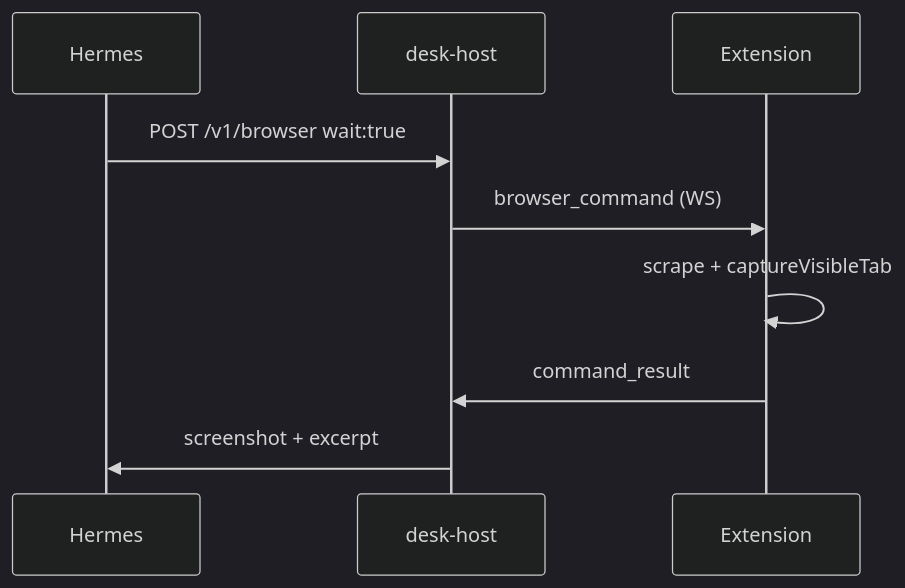
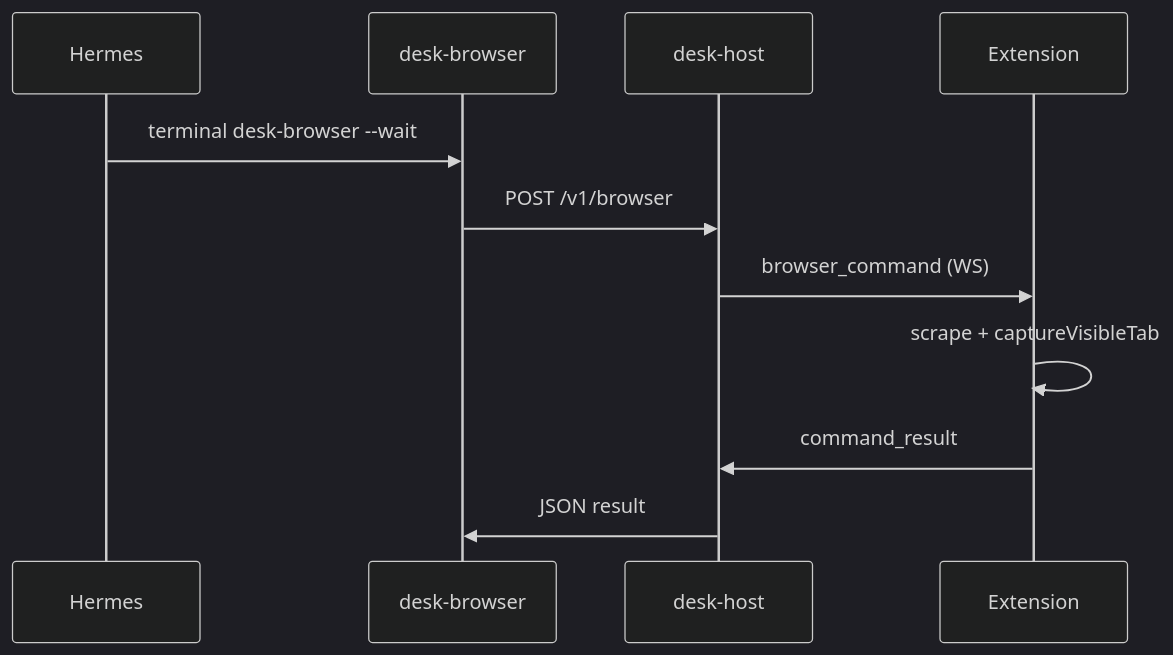
The diagram in docs/HERMES_SETUP.md (Donnieboi03/virgil-desk), drawn with Mermaid (dark theme) before and after one commit. The commit also changed other lines of this file and 30 other files, not shown here.

First line of the commit message:
Wire rich handoff snapshot, Run agent execute, and desk-browser CLI.

````diff
--- a/docs/HERMES_SETUP.md
+++ b/docs/HERMES_SETUP.md
@@ -36,12 +47,14 @@
 ```mermaid
 sequenceDiagram
   participant H as Hermes
+  participant CLI as desk-browser
   participant Host as desk-host
   participant Ext as Extension
 
-  H->>Host: POST /v1/browser wait:true
+  H->>CLI: terminal desk-browser --wait
+  CLI->>Host: POST /v1/browser
   Host->>Ext: browser_command (WS)
   Ext->>Ext: scrape + captureVisibleTab
   Ext->>Host: command_result
-  Host->>H: screenshot + excerpt
+  Host->>CLI: JSON result
 ```
````
